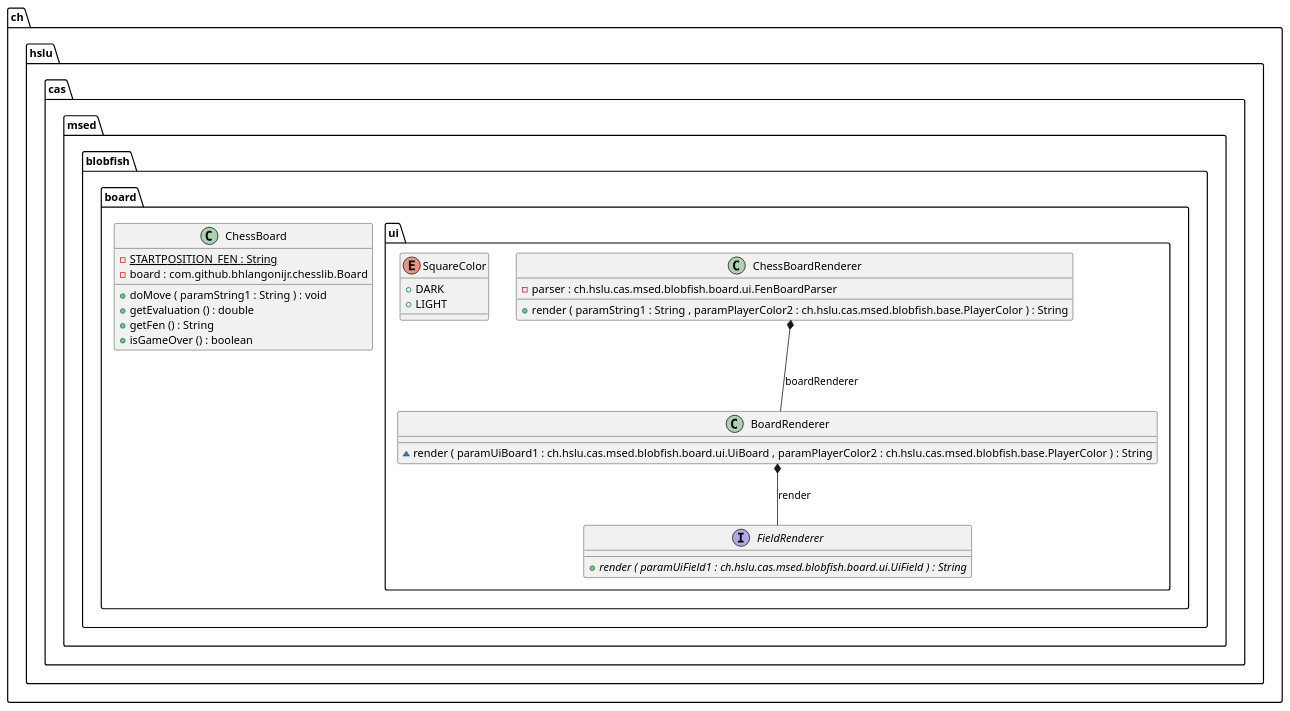
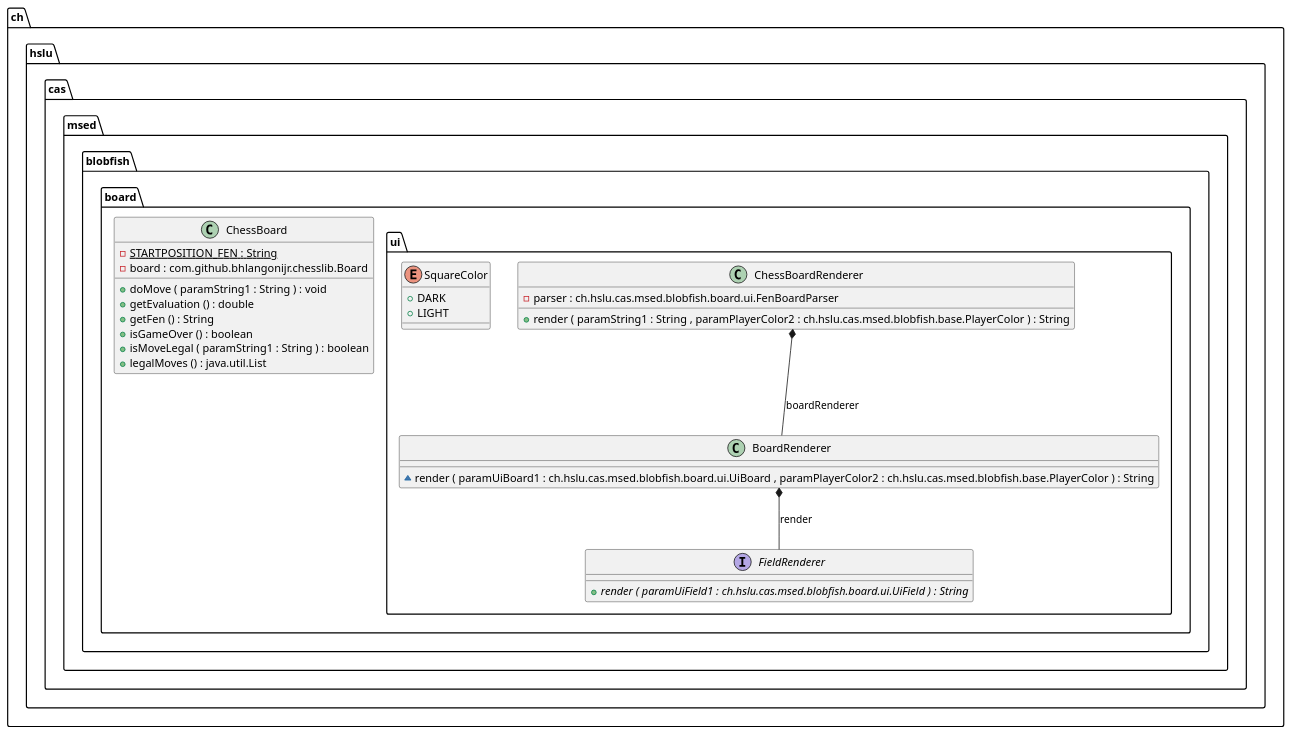
Before and after one commit to l2c0r3/blobfish: the diagram in docs/generated-diagrams/board.puml, drawn with PlantUML. The commit also changed 14 other files, not shown here.

```diff
--- a/docs/generated-diagrams/board.puml
+++ b/docs/generated-diagrams/board.puml
@@ -1,41 +1,43 @@
 @startuml
 
 class ch.hslu.cas.msed.blobfish.board.ChessBoard {
 	{field} {static} -STARTPOSITION_FEN : String
 	{field} -board : com.github.bhlangonijr.chesslib.Board
 	{method} +doMove ( paramString1 : String ) : void
 	{method} +getEvaluation () : double
 	{method} +getFen () : String
 	{method} +isGameOver () : boolean
+	{method} +isMoveLegal ( paramString1 : String ) : boolean
+	{method} +legalMoves () : java.util.List
 }
 
 
 class ch.hslu.cas.msed.blobfish.board.ui.BoardRenderer {
 	{method} ~render ( paramUiBoard1 : ch.hslu.cas.msed.blobfish.board.ui.UiBoard , paramPlayerColor2 : ch.hslu.cas.msed.blobfish.base.PlayerColor ) : String
 }
 
 
 class ch.hslu.cas.msed.blobfish.board.ui.ChessBoardRenderer {
 	{field} -parser : ch.hslu.cas.msed.blobfish.board.ui.FenBoardParser
 	{method} +render ( paramString1 : String , paramPlayerColor2 : ch.hslu.cas.msed.blobfish.base.PlayerColor ) : String
 }
 
 
 interface ch.hslu.cas.msed.blobfish.board.ui.FieldRenderer {
 	{method}  {abstract} +render ( paramUiField1 : ch.hslu.cas.msed.blobfish.board.ui.UiField ) : String
 }
 
 
 enum ch.hslu.cas.msed.blobfish.board.ui.SquareColor {
 	{field} +DARK
 	{field} +LIGHT
 }
 
 
 
 
 ch.hslu.cas.msed.blobfish.board.ui.BoardRenderer *--  ch.hslu.cas.msed.blobfish.board.ui.FieldRenderer : render
 ch.hslu.cas.msed.blobfish.board.ui.ChessBoardRenderer *--  ch.hslu.cas.msed.blobfish.board.ui.BoardRenderer : boardRenderer
 
 
 @enduml
```
